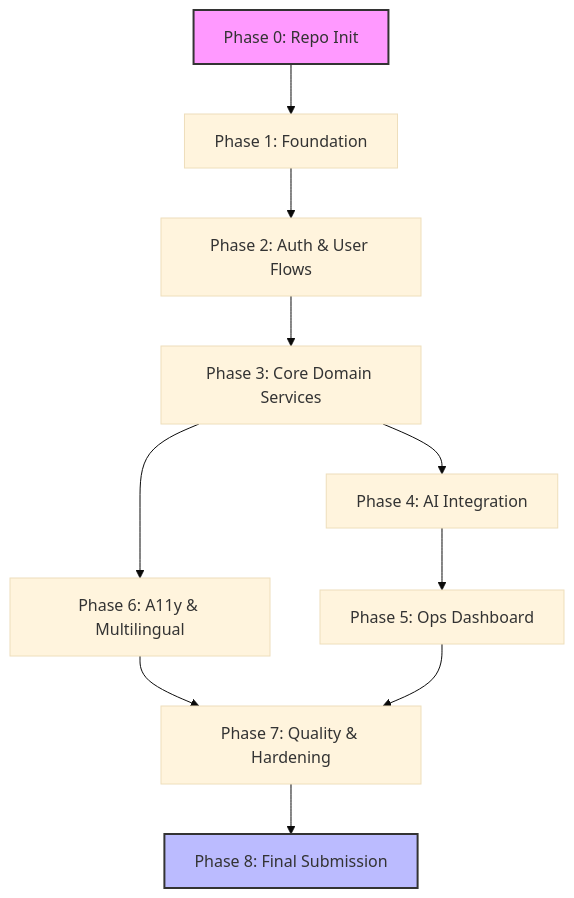
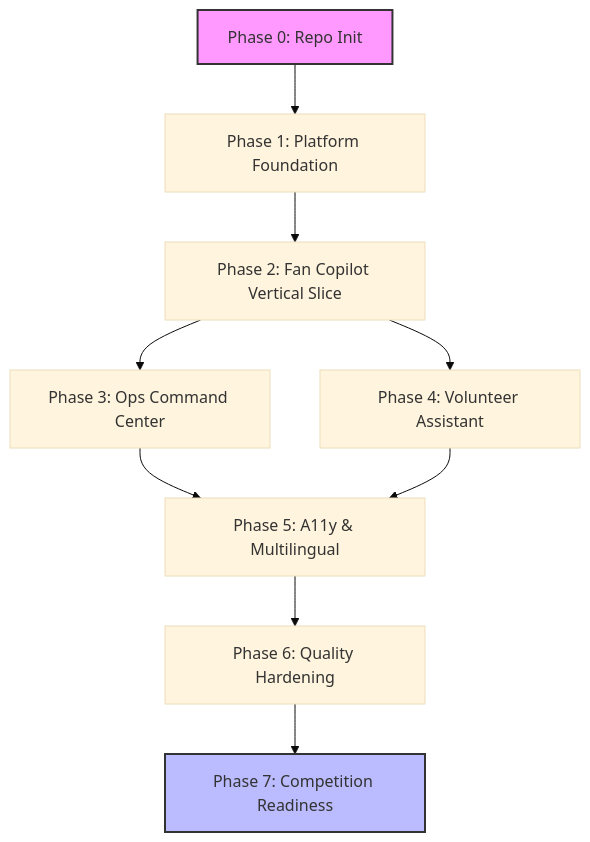
The second of 2 diagrams in docs/planning/IMPLEMENTATION_PLAN.md (KumarNayan11/fifa-coos), drawn with Mermaid (base theme) before and after one commit. The commit also changed other lines of this file, not shown here.

````diff
--- a/docs/planning/IMPLEMENTATION_PLAN.md
+++ b/docs/planning/IMPLEMENTATION_PLAN.md
@@ -248,15 +210,14 @@
 ```mermaid
 graph TD
-    A[Phase 0: Repo Init] --> B[Phase 1: Foundation]
-    B --> C[Phase 2: Auth & User Flows]
-    C --> D[Phase 3: Core Domain Services]
-    D --> E[Phase 4: AI Integration]
-    D --> F[Phase 6: A11y & Multilingual]
-    E --> G[Phase 5: Ops Dashboard]
-    F --> H[Phase 7: Quality & Hardening]
-    G --> H
-    H --> I[Phase 8: Final Submission]
+    A[Phase 0: Repo Init] --> B[Phase 1: Platform Foundation]
+    B --> C[Phase 2: Fan Copilot Vertical Slice]
+    C --> D[Phase 3: Ops Command Center]
+    C --> E[Phase 4: Volunteer Assistant]
+    D --> F[Phase 5: A11y & Multilingual]
+    E --> F
+    F --> G[Phase 6: Quality Hardening]
+    G --> H[Phase 7: Competition Readiness]
     
     style A fill:#f9f,stroke:#333,stroke-width:2px
-    style I fill:#bbf,stroke:#333,stroke-width:2px
+    style H fill:#bbf,stroke:#333,stroke-width:2px
 ```
````
